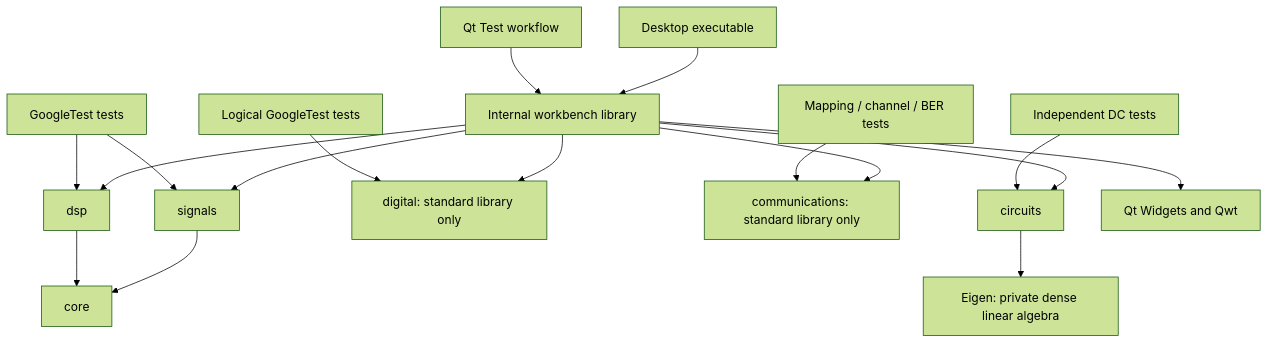
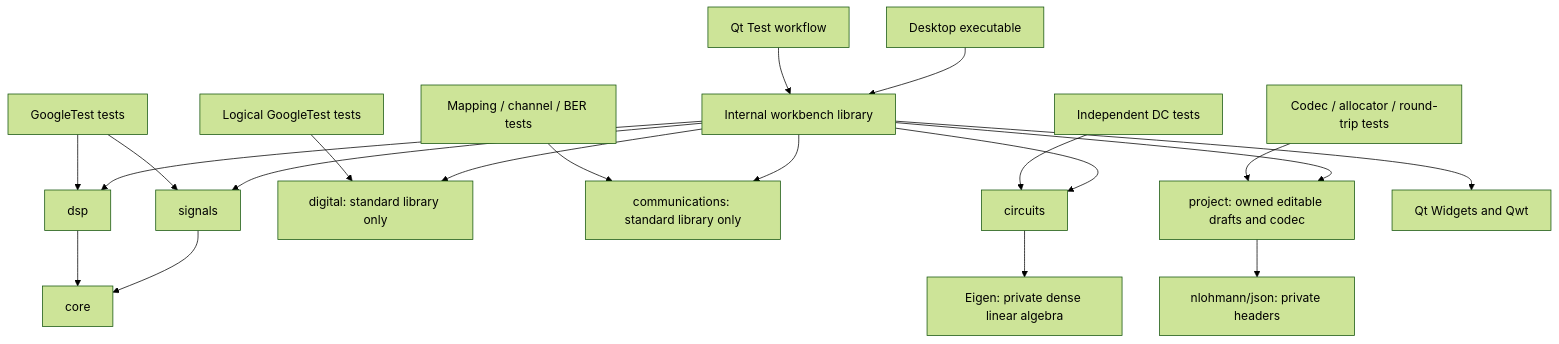
The diagram in docs/architecture.md (codyklein/open-ece), drawn with Mermaid (forest theme) before and after one commit. The commit also changed other lines of this file and 16 other files, not shown here.

````diff
--- a/docs/architecture.md
+++ b/docs/architecture.md
@@ -5,19 +5,22 @@
 ```mermaid
 flowchart TD
     App[Desktop executable] --> UI[Internal workbench library]
     UI --> Signals[signals]
     UI --> DSP[dsp]
     UI --> Digital[digital: standard library only]
     DigitalTests[Logical GoogleTest tests] --> Digital
     UI --> Communications[communications: standard library only]
     CommunicationsTests[Mapping / channel / BER tests] --> Communications
     UI --> Circuits[circuits]
     Circuits --> Eigen[Eigen: private dense linear algebra]
     CircuitTests[Independent DC tests] --> Circuits
+    UI --> Project[project: owned editable drafts and codec]
+    Project --> JSON[nlohmann/json: private headers]
+    ProjectTests[Codec / allocator / round-trip tests] --> Project
     UI --> Qt[Qt Widgets and Qwt]
     Signals --> Core[core]
     DSP --> Core
     NumericalTests[GoogleTest tests] --> Signals
     NumericalTests --> DSP
     GuiTests[Qt Test workflow] --> UI
 ```
````
